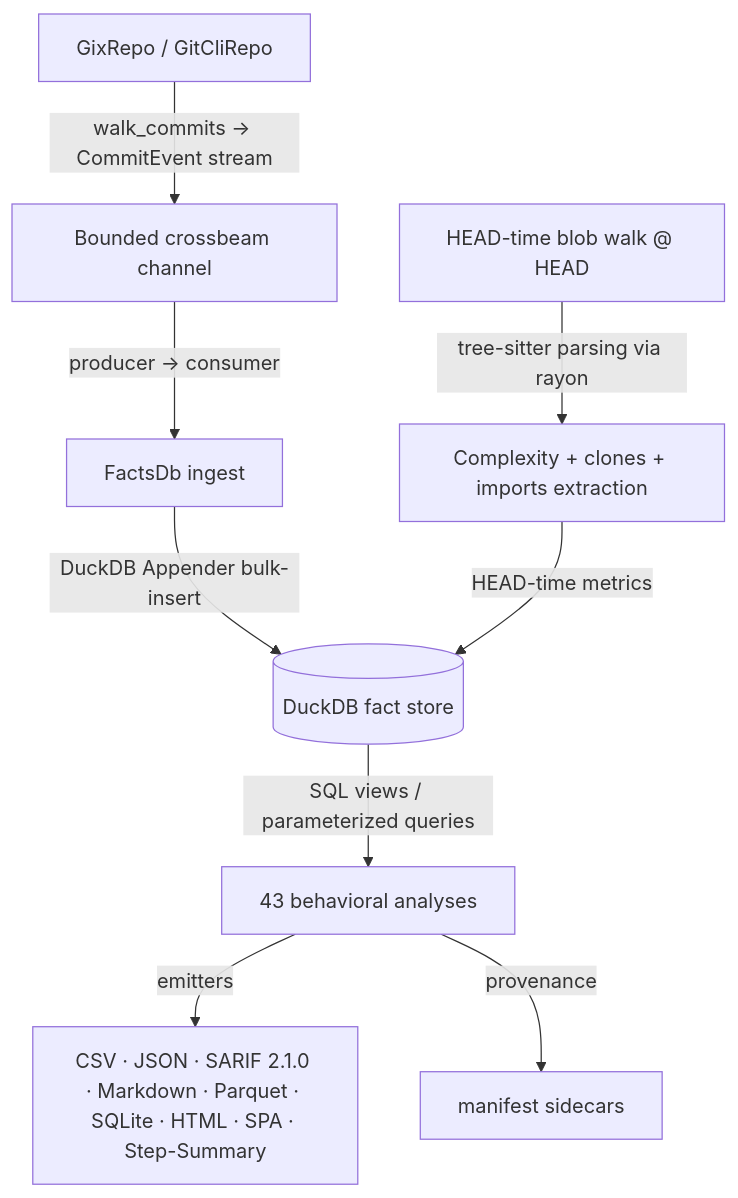
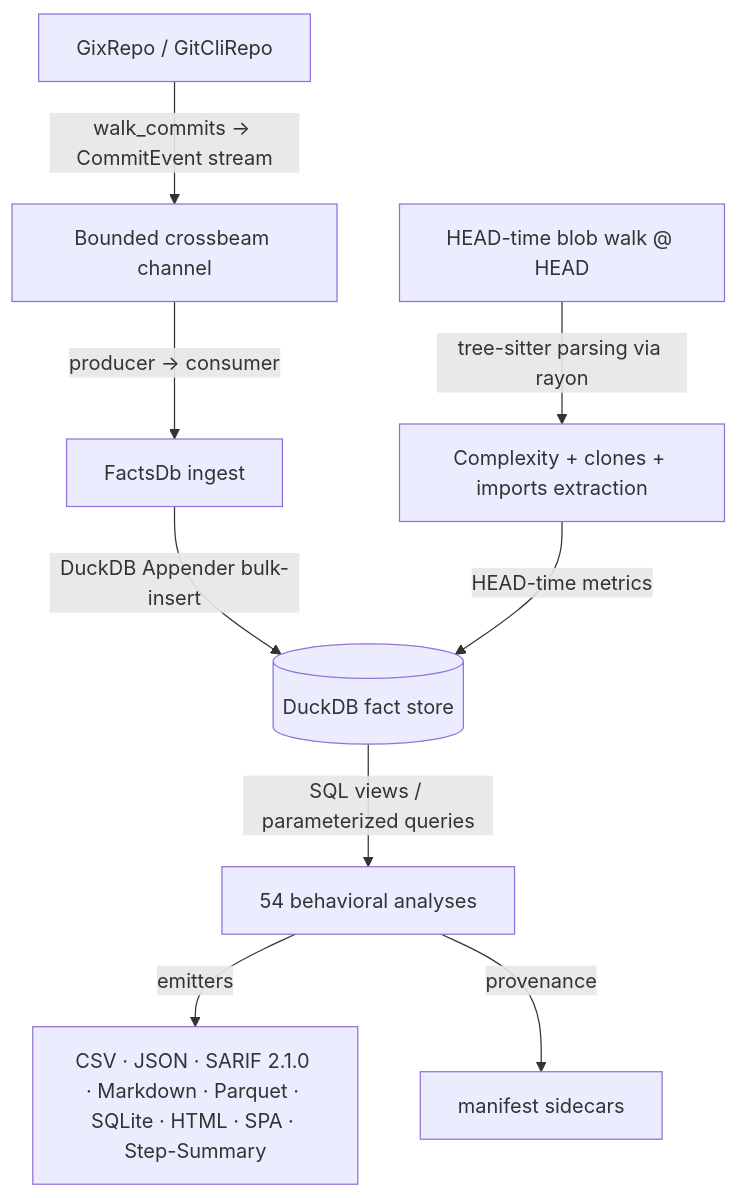
Before and after one commit to emrecdr/codelore: the diagram in docs/codebase_analysis.md, drawn with Mermaid. The commit also changed 3 other files, not shown here.

````diff
--- a/docs/codebase_analysis.md
+++ b/docs/codebase_analysis.md
@@ -29,11 +29,11 @@
 ```mermaid
 graph TD
     A[GixRepo / GitCliRepo] -->|walk_commits → CommitEvent stream| B[Bounded crossbeam channel]
     B -->|producer → consumer| C[FactsDb ingest]
     C -->|DuckDB Appender bulk-insert| D[(DuckDB fact store)]
     E[HEAD-time blob walk @ HEAD] -->|tree-sitter parsing via rayon| F[Complexity + clones + imports extraction]
     F -->|HEAD-time metrics| D
-    D -->|SQL views / parameterized queries| G[43 behavioral analyses]
+    D -->|SQL views / parameterized queries| G[54 behavioral analyses]
     G -->|emitters| H[CSV · JSON · SARIF 2.1.0 · Markdown · Parquet · SQLite · HTML · SPA · Step-Summary]
     G -->|provenance| I[manifest sidecars]
 ```
````
